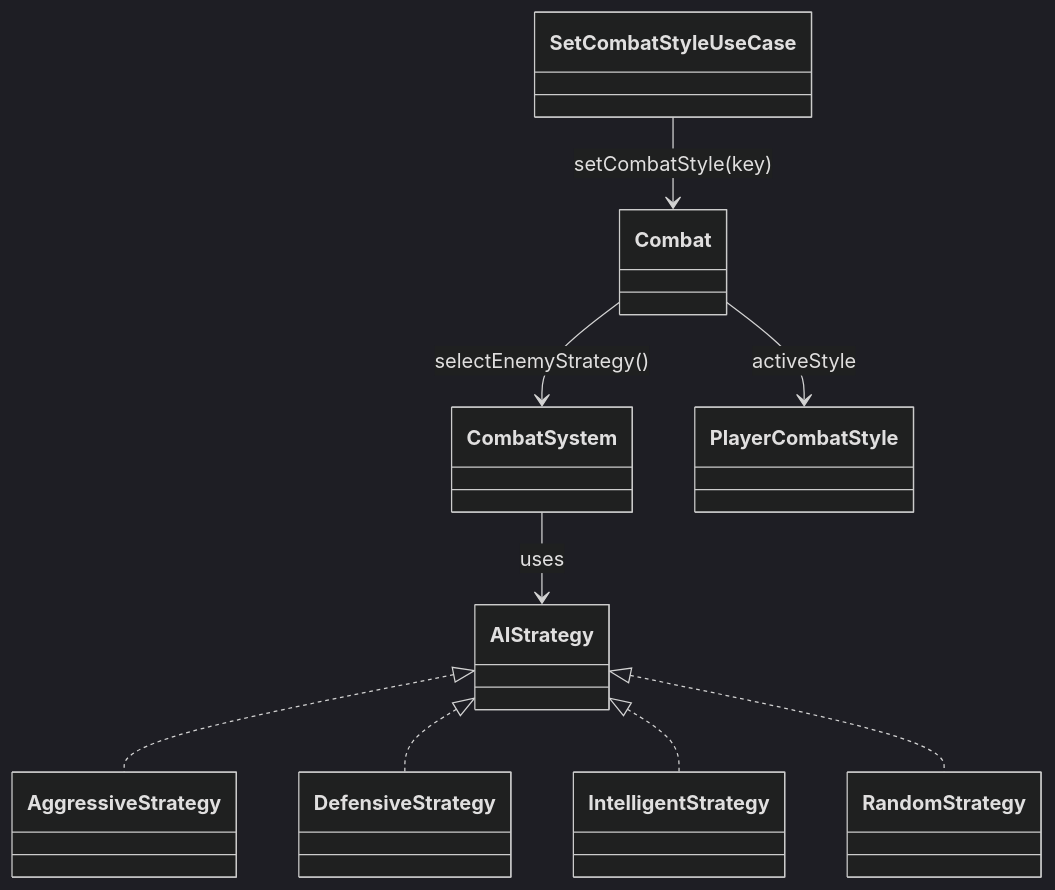
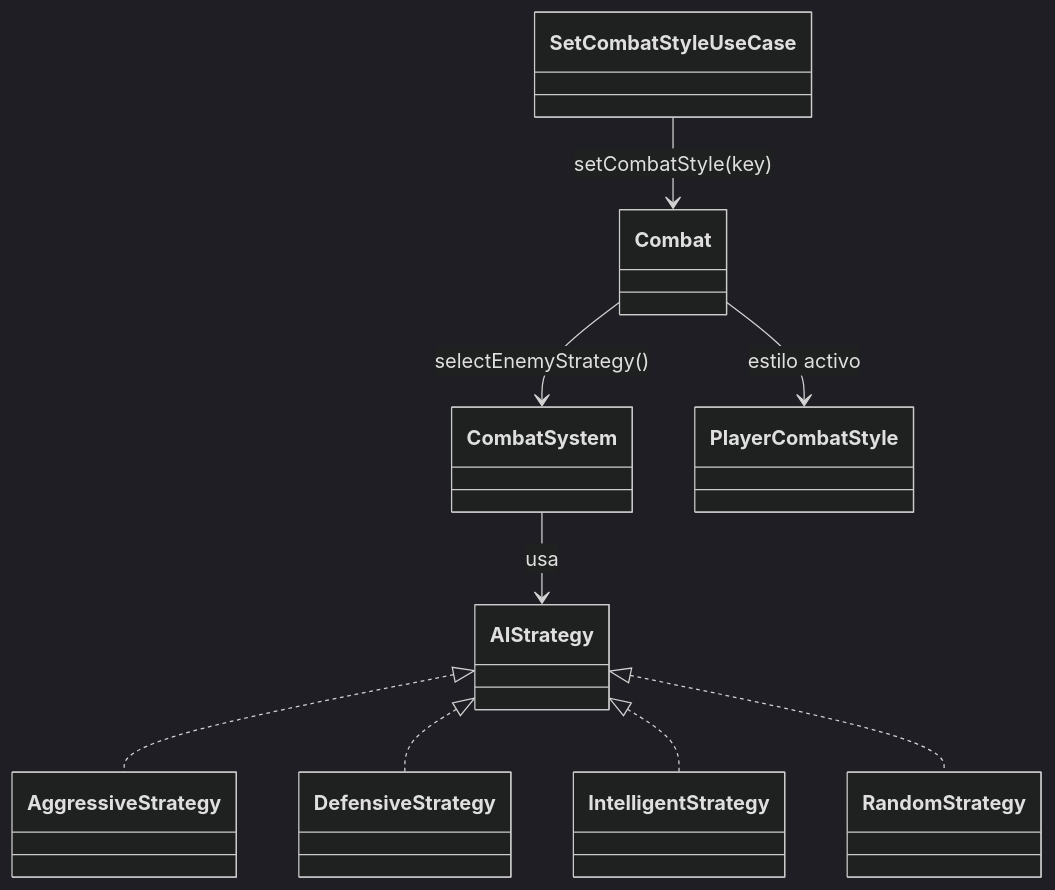
Before and after one commit to Craos6518/dungeon-crawler-patterns: the diagram in docs/03-patterns/strategy.md, drawn with Mermaid (dark theme). The commit also changed 11 other files, not shown here.

Commit message:
refactor: actualizar diagramas y terminología en la documentación de patrones

````diff
--- a/docs/03-patterns/strategy.md
+++ b/docs/03-patterns/strategy.md
@@ -34,11 +34,11 @@
 ```mermaid
 classDiagram
     Combat --> CombatSystem : selectEnemyStrategy()
-    CombatSystem --> AIStrategy : uses
+    CombatSystem --> AIStrategy : usa
     AIStrategy <|.. AggressiveStrategy
     AIStrategy <|.. DefensiveStrategy
     AIStrategy <|.. IntelligentStrategy
     AIStrategy <|.. RandomStrategy
-    Combat --> PlayerCombatStyle : activeStyle
+    Combat --> PlayerCombatStyle : estilo activo
     SetCombatStyleUseCase --> Combat : setCombatStyle(key)
 ```
````
